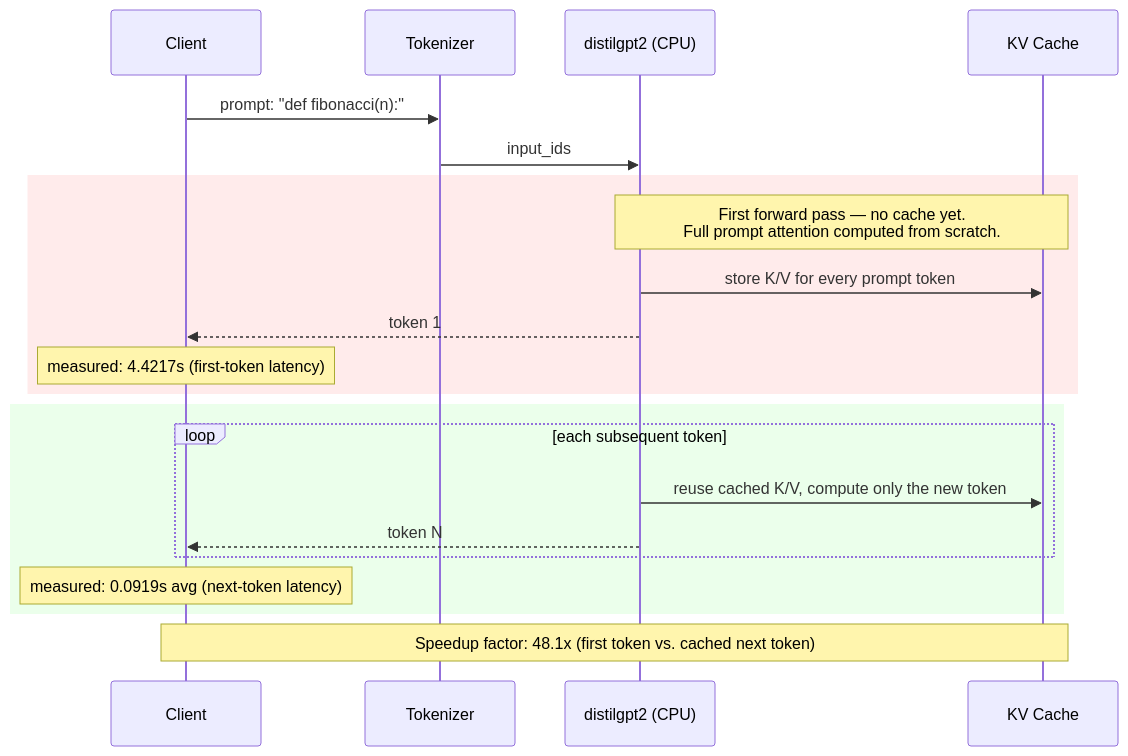
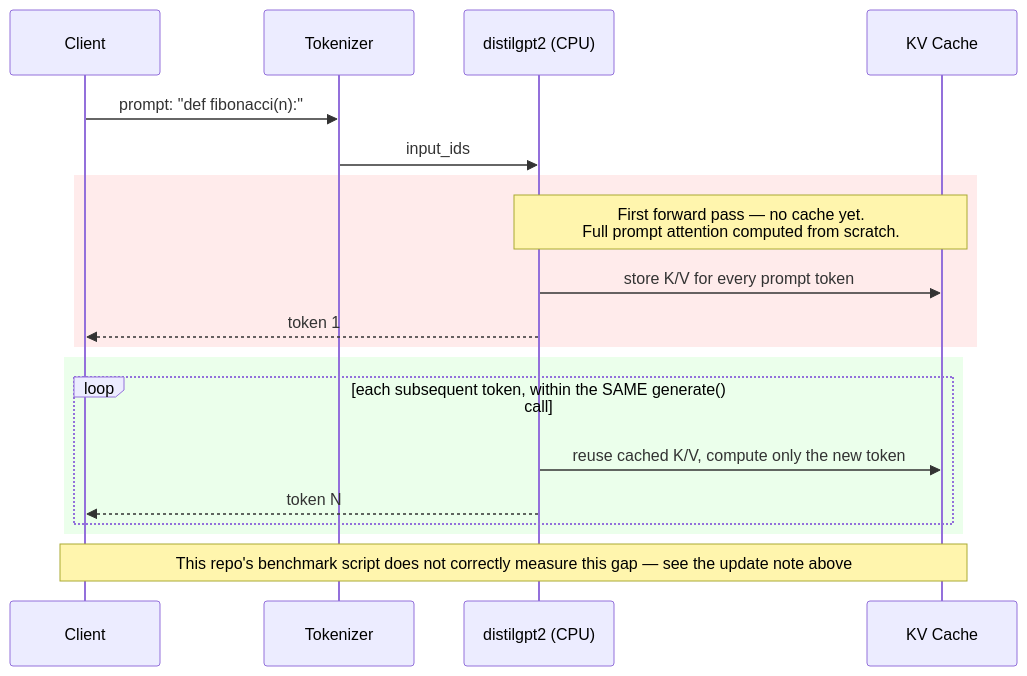
Before and after one commit to ramirez-ai-labs/codex-systems-lab: the diagram in 05_system_diagrams/inference_pipeline.md, drawn with Mermaid. The commit also changed other lines of this file and 8 other files, not shown here.

````diff
--- a/05_system_diagrams/inference_pipeline.md
+++ b/05_system_diagrams/inference_pipeline.md
@@ -10,27 +22,25 @@
 ```mermaid
 sequenceDiagram
     participant Client
     participant Tokenizer
     participant Model as distilgpt2 (CPU)
     participant KVCache as KV Cache
 
     Client->>Tokenizer: prompt: "def fibonacci(n):"
     Tokenizer->>Model: input_ids
 
     rect rgb(255, 235, 235)
     Note over Model,KVCache: First forward pass — no cache yet.<br/>Full prompt attention computed from scratch.
     Model->>KVCache: store K/V for every prompt token
     Model-->>Client: token 1
-    Note over Client: measured: 4.4217s (first-token latency)
     end
 
     rect rgb(235, 255, 235)
-    loop each subsequent token
+    loop each subsequent token, within the SAME generate() call
         Model->>KVCache: reuse cached K/V, compute only the new token
         Model-->>Client: token N
     end
-    Note over Client: measured: 0.0919s avg (next-token latency)
     end
 
-    Note over Client,KVCache: Speedup factor: 48.1x (first token vs. cached next token)
+    Note over Client,KVCache: This repo's benchmark script does not correctly measure this gap — see the update note above
 ```
````
